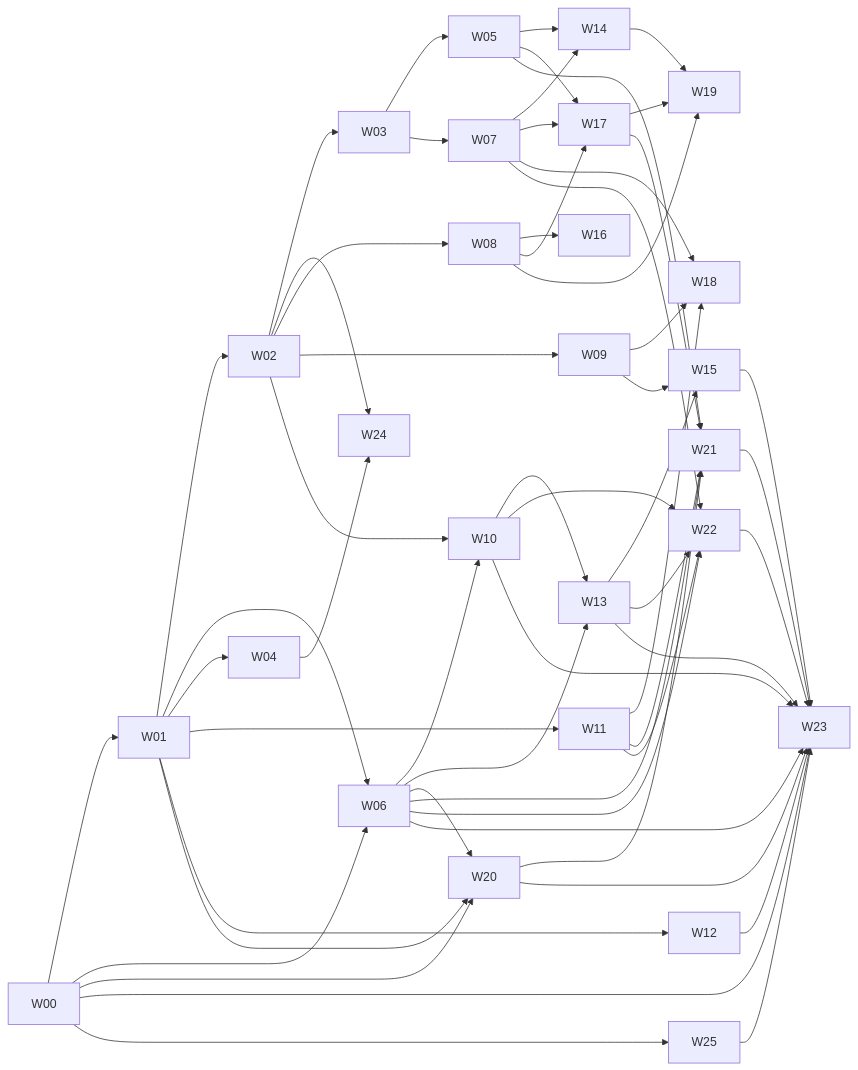
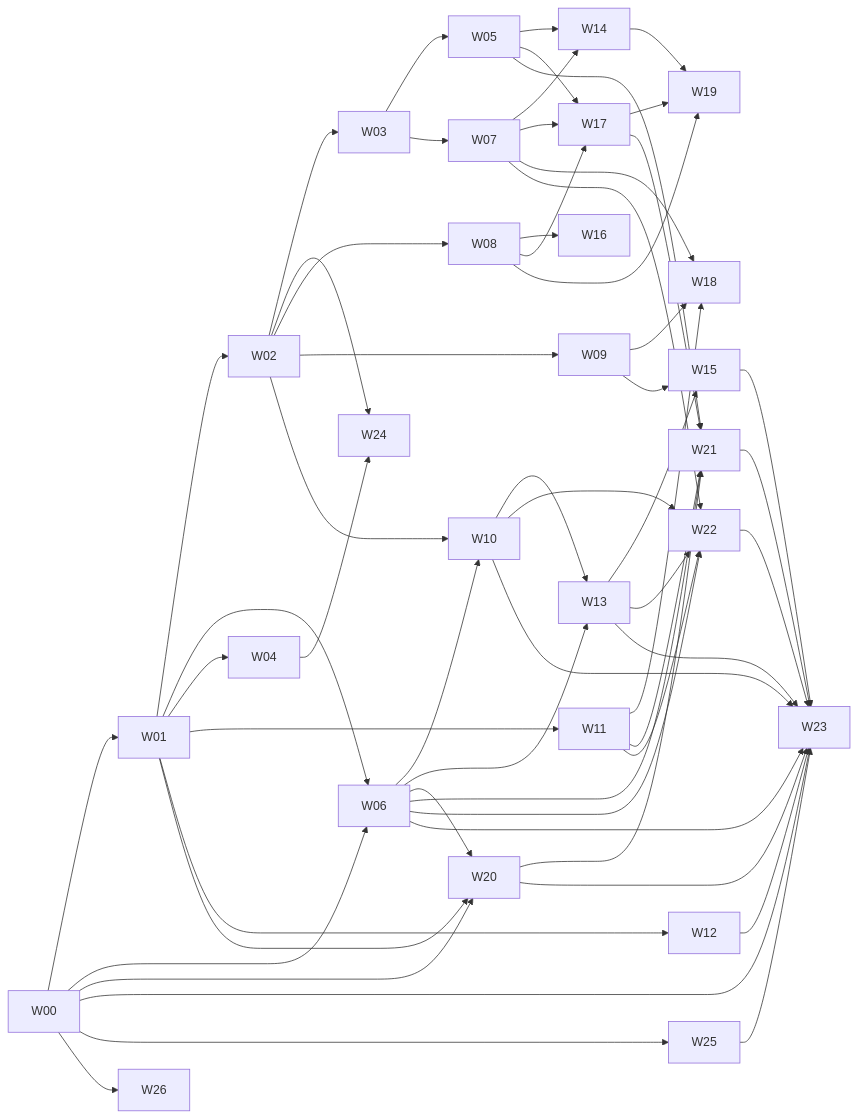
The diagram in docs/plan/PRODUCT_WAVES.md (recferret-bit/terraagent), drawn with Mermaid before and after one commit. The commit also changed other lines of this file and 19 other files, not shown here.

````diff
--- a/docs/plan/PRODUCT_WAVES.md
+++ b/docs/plan/PRODUCT_WAVES.md
@@ -46,25 +47,26 @@
 ```mermaid
 flowchart LR
   W00 --> W01 --> W02
   W00 & W01 --> W06
   W02 --> W03 --> W05
   W03 --> W07
   W05 & W07 --> W14
   W01 --> W04
   W02 & W04 --> W24
   W02 --> W08 --> W16
   W02 --> W09
   W01 --> W11
   W01 --> W12
   W05 & W07 & W08 --> W17
   W08 & W14 & W17 --> W19
   W07 & W09 & W11 --> W18
   W02 & W06 --> W10
   W06 & W10 --> W13
   W09 & W13 --> W15
   W00 & W01 & W06 --> W20
   W05 & W06 & W11 & W17 & W20 --> W21
   W06 & W07 & W10 & W11 & W13 --> W22
   W00 & W06 & W10 & W12 & W13 & W15 & W20 & W21 & W22 & W25 --> W23
   W00 --> W25
+  W00 --> W26
 ```
````
